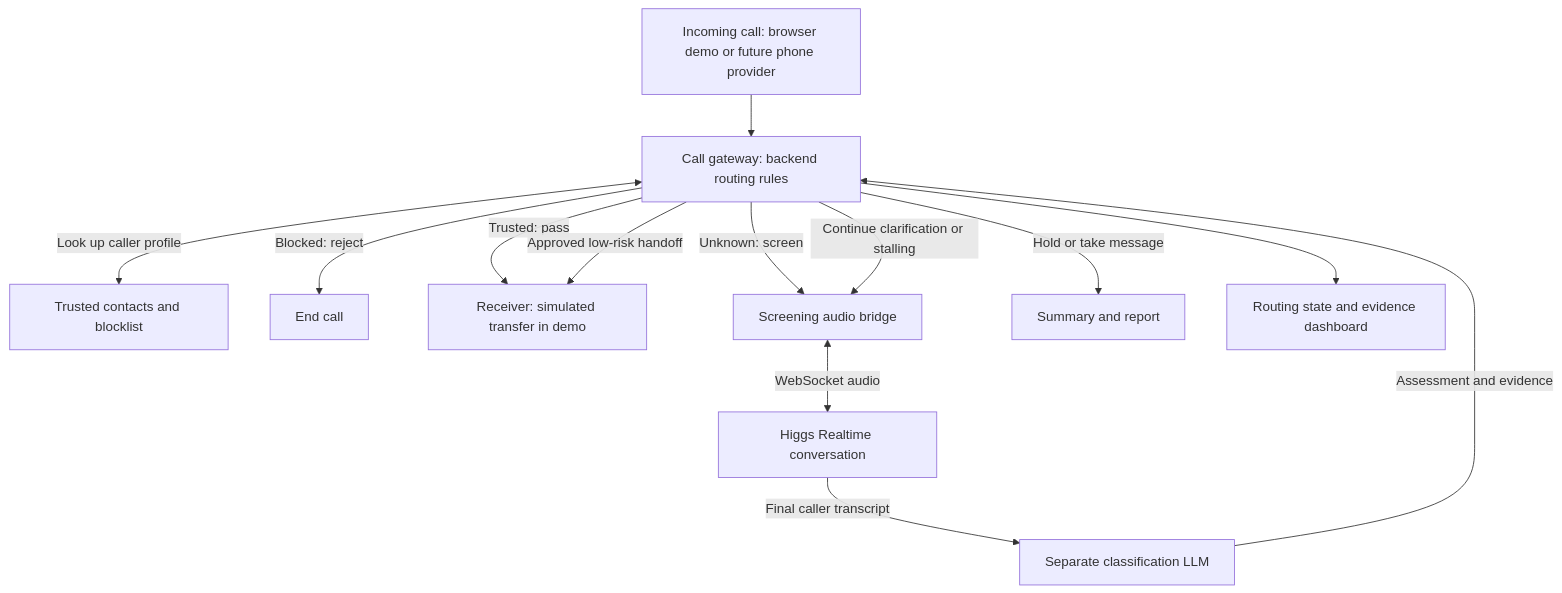
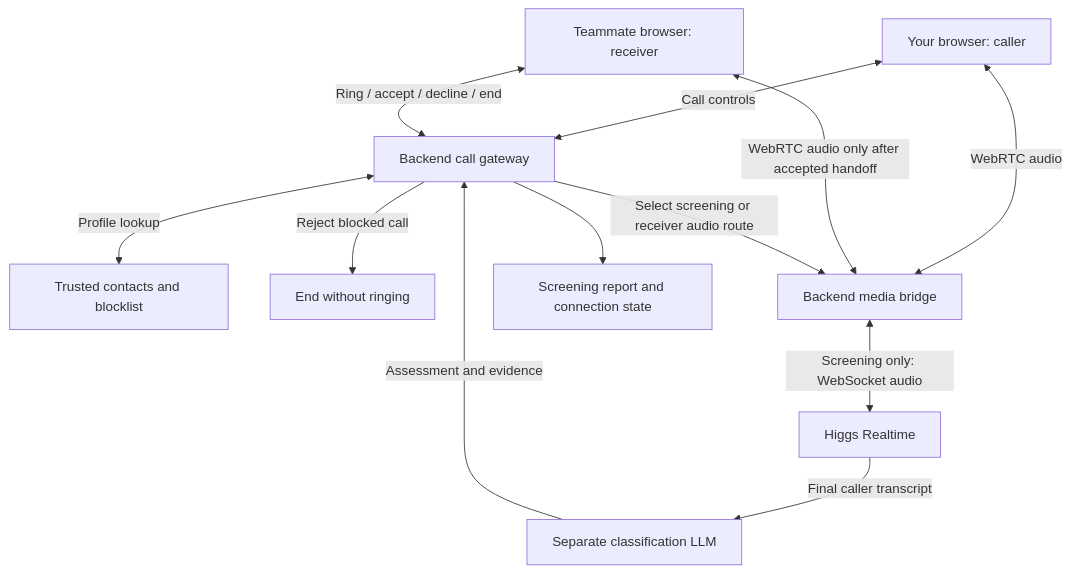
Before and after one commit to AlexanderMenassa/BosonAI-Hackathon: the diagram in README.md, drawn with Mermaid. The commit also changed other lines of this file, not shown here.

Commit message:
Plan two-browser call handoff demo

````diff
--- a/README.md
+++ b/README.md
@@ -46,15 +46,14 @@
 ```mermaid
 flowchart TD
-    Incoming[Incoming call: browser demo or future phone provider] --> Gateway[Call gateway: backend routing rules]
-    Gateway <-->|Look up caller profile| Store[Trusted contacts and blocklist]
-    Gateway -->|Blocked: reject| End[End call]
-    Gateway -->|Trusted: pass| Receiver[Receiver: simulated transfer in demo]
-    Gateway -->|Unknown: screen| Bridge[Screening audio bridge]
-    Bridge <-->|WebSocket audio| Higgs[Higgs Realtime conversation]
+    Caller[Your browser: caller] <-->|Call controls| Gateway[Backend call gateway]
+    Receiver[Teammate browser: receiver] <-->|Ring / accept / decline / end| Gateway
+    Gateway <-->|Profile lookup| Store[Trusted contacts and blocklist]
+    Gateway -->|Reject blocked call| End[End without ringing]
+    Caller <-->|WebRTC audio| Bridge[Backend media bridge]
+    Receiver <-->|WebRTC audio only after accepted handoff| Bridge
+    Gateway -->|Select screening or receiver audio route| Bridge
+    Bridge <-->|Screening only: WebSocket audio| Higgs[Higgs Realtime]
     Higgs -->|Final caller transcript| Classifier[Separate classification LLM]
     Classifier -->|Assessment and evidence| Gateway
-    Gateway -->|Continue clarification or stalling| Bridge
-    Gateway -->|Approved low-risk handoff| Receiver
-    Gateway -->|Hold or take message| Report[Summary and report]
-    Gateway --> Dashboard[Routing state and evidence dashboard]
+    Gateway --> Dashboard[Screening report and connection state]
 ```
````
